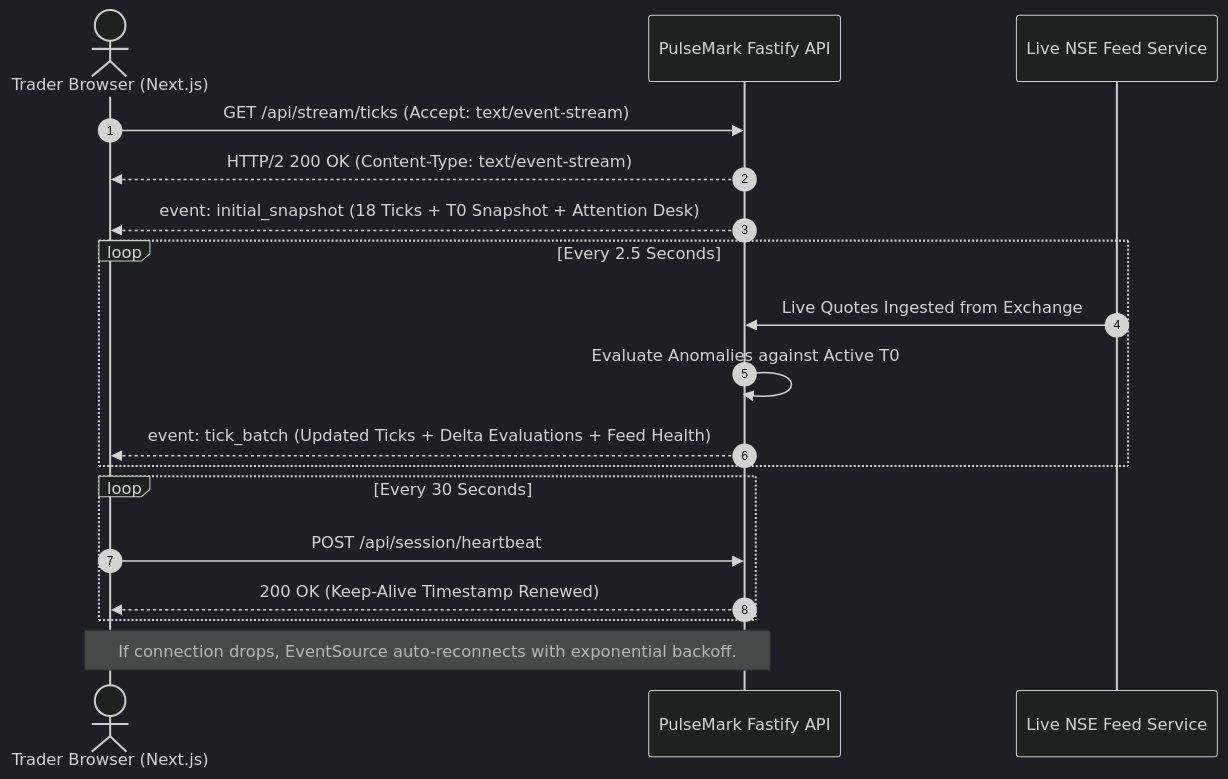
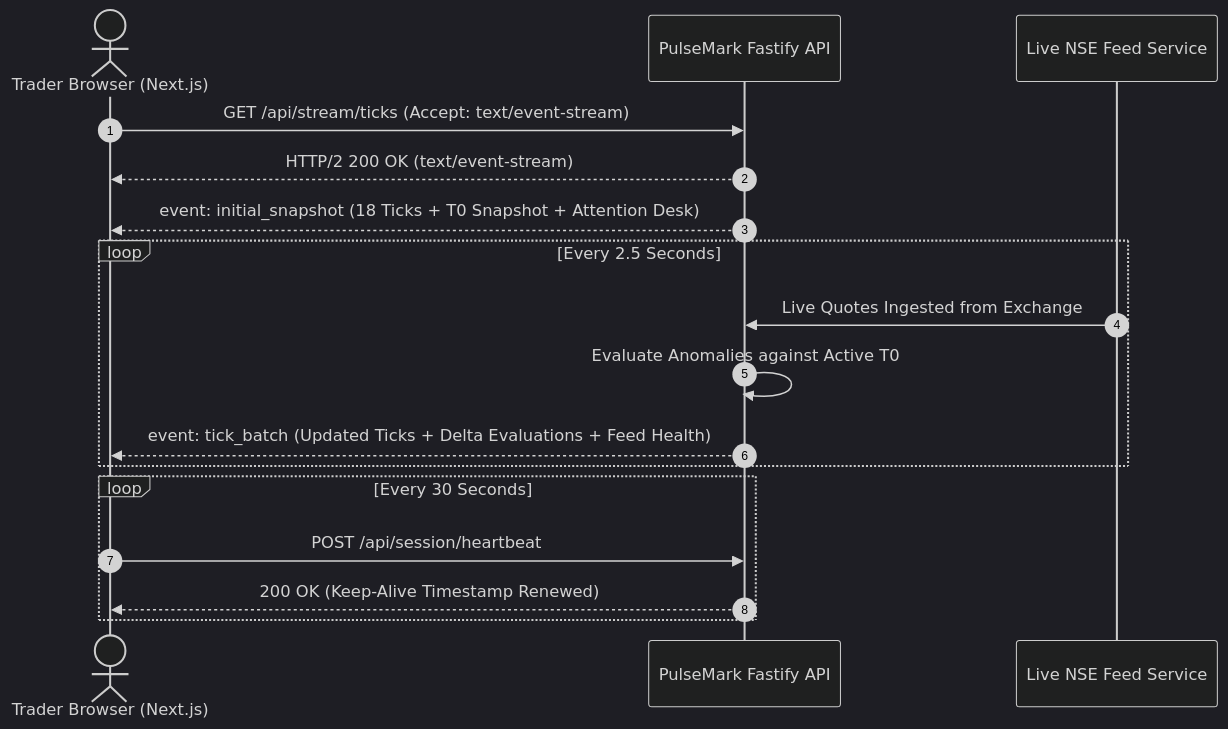
The fifth of 8 diagrams in ARCHITECTURE.md (Khushi1310-nayak/PulseMark), drawn with Mermaid (dark theme) before and after one commit. The commit also changed other lines of this file, not shown here.

Commit message:
fix(docs): resolve GitHub Mermaid diagram syntax errors and replace gantt with flowchart

````diff
--- a/ARCHITECTURE.md
+++ b/ARCHITECTURE.md
@@ -231,24 +233,22 @@
 ```mermaid
 sequenceDiagram
     autonumber
     actor Browser as Trader Browser (Next.js)
     participant Fastify as PulseMark Fastify API
     participant Feed as Live NSE Feed Service
 
     Browser->>Fastify: GET /api/stream/ticks (Accept: text/event-stream)
-    Fastify-->>Browser: HTTP/2 200 OK (Content-Type: text/event-stream)
+    Fastify-->>Browser: HTTP/2 200 OK (text/event-stream)
     Fastify-->>Browser: event: initial_snapshot (18 Ticks + T0 Snapshot + Attention Desk)
     
     loop Every 2.5 Seconds
         Feed->>Fastify: Live Quotes Ingested from Exchange
         Fastify->>Fastify: Evaluate Anomalies against Active T0
         Fastify-->>Browser: event: tick_batch (Updated Ticks + Delta Evaluations + Feed Health)
     end
 
     loop Every 30 Seconds
         Browser->>Fastify: POST /api/session/heartbeat
         Fastify-->>Browser: 200 OK (Keep-Alive Timestamp Renewed)
     end
-
-    Note over Browser,Fastify: If connection drops, EventSource auto-reconnects with exponential backoff.
 ```
````
